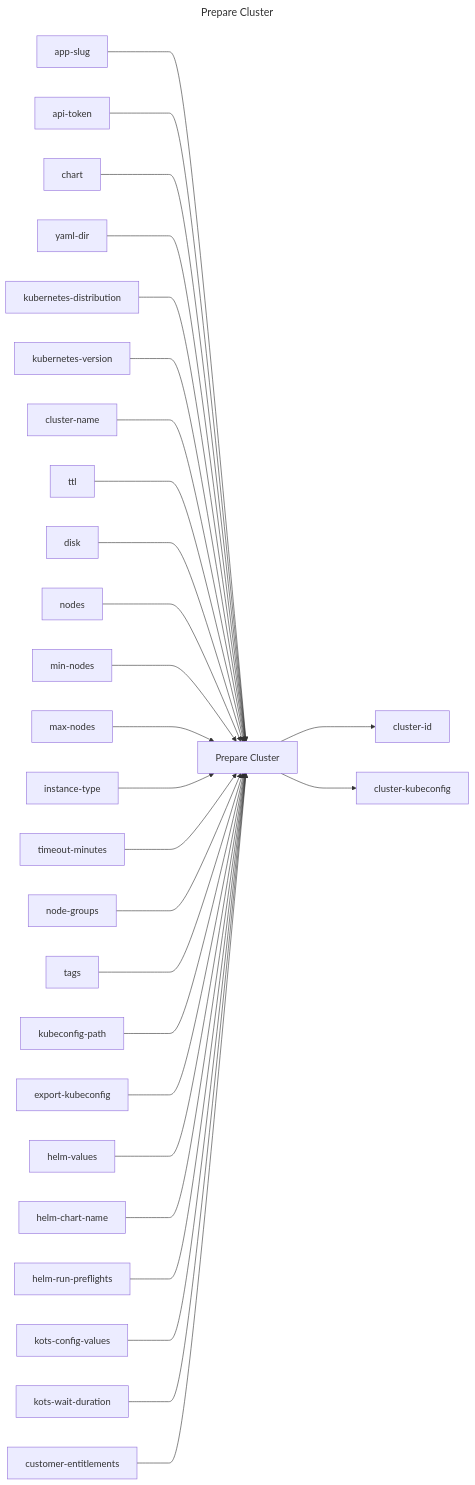
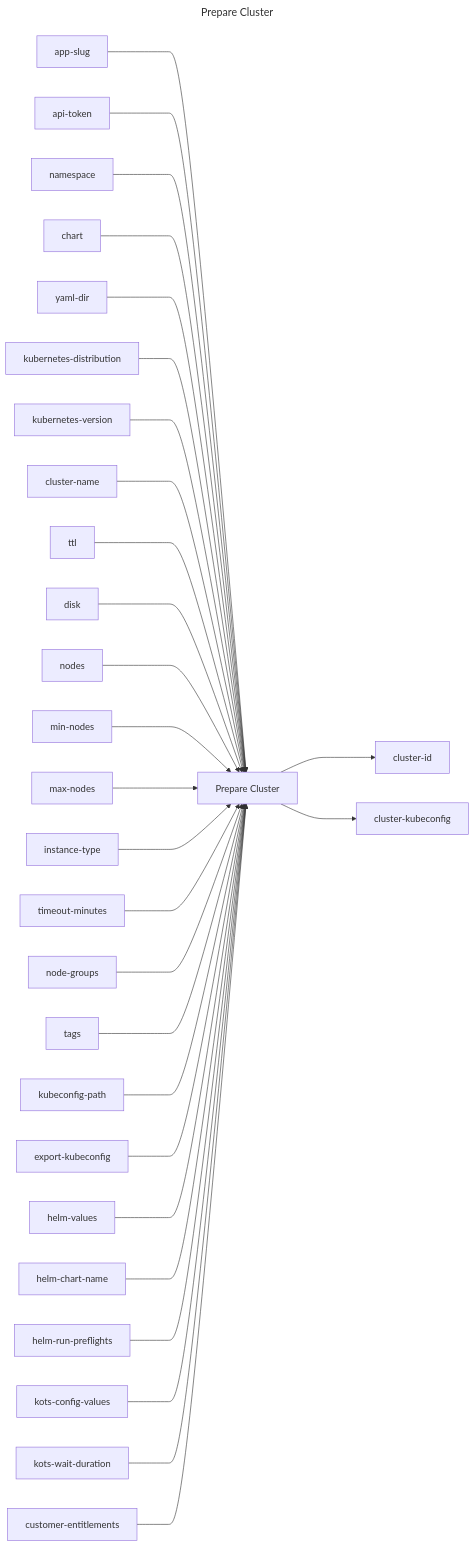
One commit to replicatedhq/replicated-actions changed the diagram in prepare-cluster/README.md. Above: the diagram before and after it, drawn with Mermaid. The commit also changed other lines of this file and 23 other files, not shown here.

````diff
--- a/prepare-cluster/README.md
+++ b/prepare-cluster/README.md
@@ -3,59 +3,61 @@
 ```mermaid
 ---
 title: Prepare Cluster
 ---
 graph LR
 prepare_cluster["Prepare Cluster"]
 app_slug["app-slug"]
 api_token["api-token"]
+namespace["namespace"]
 chart["chart"]
 yaml_dir["yaml-dir"]
 kubernetes_distribution["kubernetes-distribution"]
 kubernetes_version["kubernetes-version"]
 cluster_name["cluster-name"]
 ttl["ttl"]
 disk["disk"]
 nodes["nodes"]
 min_nodes["min-nodes"]
 max_nodes["max-nodes"]
 instance_type["instance-type"]
 timeout_minutes["timeout-minutes"]
 node_groups["node-groups"]
 tags["tags"]
 kubeconfig_path["kubeconfig-path"]
 export_kubeconfig["export-kubeconfig"]
 helm_values["helm-values"]
 helm_chart_name["helm-chart-name"]
 helm_run_preflights["helm-run-preflights"]
 kots_config_values["kots-config-values"]
 kots_wait_duration["kots-wait-duration"]
 customer_entitlements["customer-entitlements"]
 cluster_id["cluster-id"]
 cluster_kubeconfig["cluster-kubeconfig"]
 app_slug ---> prepare_cluster
 api_token ---> prepare_cluster
+namespace ---> prepare_cluster
 chart ---> prepare_cluster
 yaml_dir ---> prepare_cluster
 kubernetes_distribution ---> prepare_cluster
 kubernetes_version ---> prepare_cluster
 cluster_name ---> prepare_cluster
 ttl ---> prepare_cluster
 disk ---> prepare_cluster
 nodes ---> prepare_cluster
 min_nodes ---> prepare_cluster
 max_nodes ---> prepare_cluster
 instance_type ---> prepare_cluster
 timeout_minutes ---> prepare_cluster
 node_groups ---> prepare_cluster
 tags ---> prepare_cluster
 kubeconfig_path ---> prepare_cluster
 export_kubeconfig ---> prepare_cluster
 helm_values ---> prepare_cluster
 helm_chart_name ---> prepare_cluster
 helm_run_preflights ---> prepare_cluster
 kots_config_values ---> prepare_cluster
 kots_wait_duration ---> prepare_cluster
 customer_entitlements ---> prepare_cluster
 prepare_cluster ---> cluster_id
 prepare_cluster ---> cluster_kubeconfig
 ```
````
